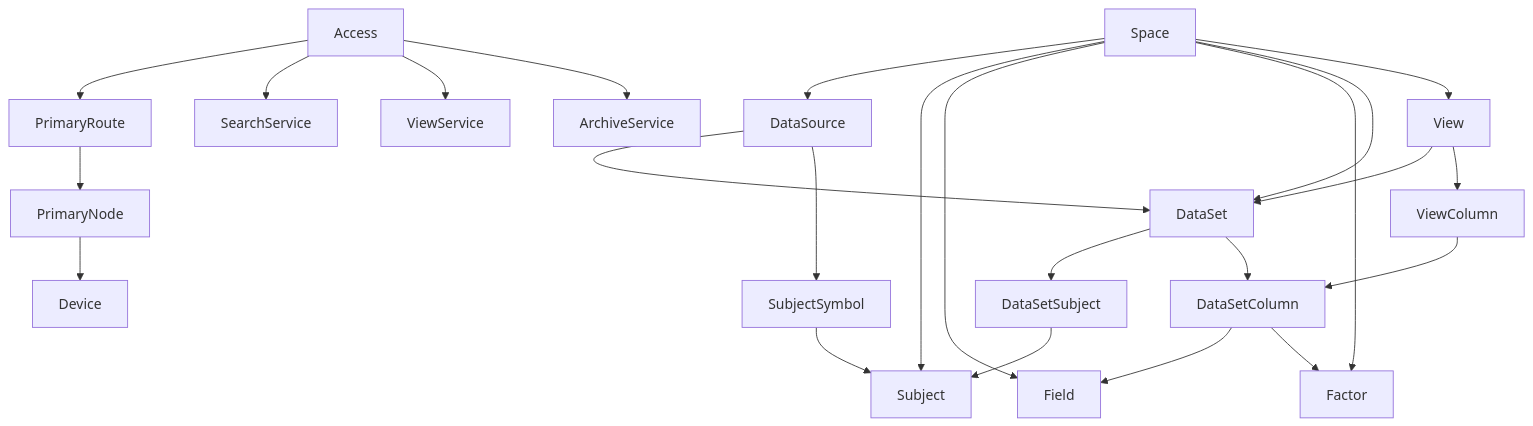
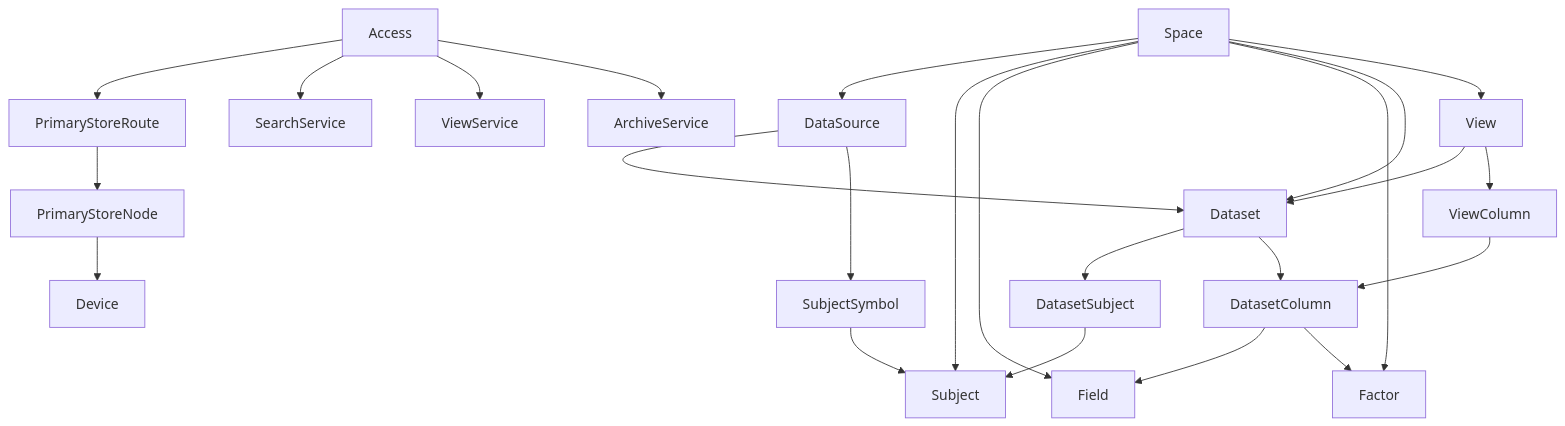
Before and after one commit to mooyang-code/moox: the diagram in docs/quant-financial-data-concepts.md, drawn with Mermaid. The commit also changed other lines of this file and 147 other files, not shown here.

````diff
--- a/docs/quant-financial-data-concepts.md
+++ b/docs/quant-financial-data-concepts.md
@@ -20,41 +20,41 @@
 ```mermaid
 flowchart TD
     SP["Space"]
     SRC["DataSource"]
     SUB["Subject"]
     SYM["SubjectSymbol"]
-    DS["DataSet"]
-    DSS["DataSetSubject"]
+    DS["Dataset"]
+    DSS["DatasetSubject"]
     FIELD["Field"]
     FACTOR["Factor"]
-    DC["DataSetColumn"]
+    DC["DatasetColumn"]
     VIEW["View"]
     VC["ViewColumn"]
     ACCESS["Access"]
-    PNODE["PrimaryNode"]
+    PNODE["PrimaryStoreNode"]
     DEV["Device"]
-    ROUTE["PrimaryRoute"]
+    ROUTE["PrimaryStoreRoute"]
     SEARCH["SearchService"]
     VIEW_SVC["ViewService"]
     ARCHIVE["ArchiveService"]
 
     SP --> SRC
     SP --> SUB
     SP --> FIELD
     SP --> FACTOR
     SP --> DS
     SP --> VIEW
     SRC --> DS
     SRC --> SYM --> SUB
     DS --> DSS --> SUB
     DS --> DC
     DC --> FIELD
     DC --> FACTOR
     VIEW --> DS
     VIEW --> VC
     VC --> DC
     ACCESS --> ROUTE --> PNODE --> DEV
     ACCESS --> SEARCH
     ACCESS --> VIEW_SVC
     ACCESS --> ARCHIVE
 ```
````
